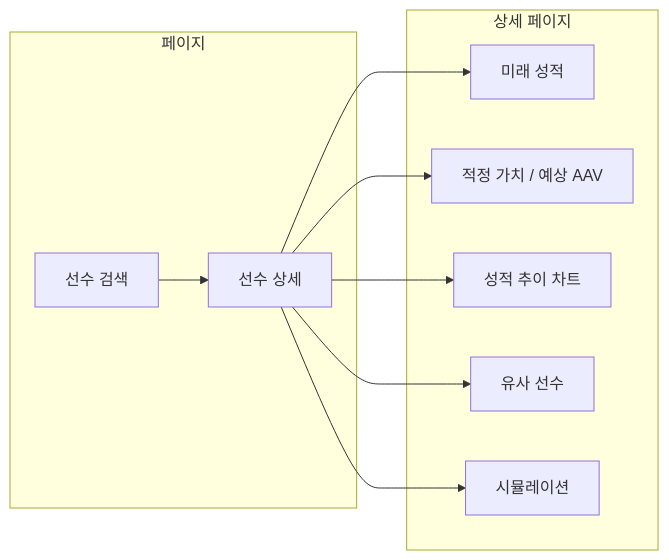
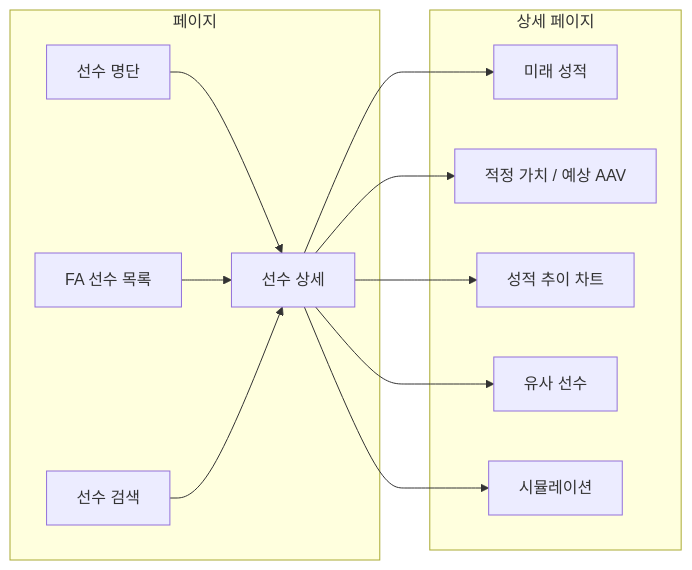
One commit to yechuk/backend changed the sixth of 6 diagrams in ARCHITECTURE_TOBE.md. Above: the diagram before and after it, drawn with Mermaid. The commit also changed other lines of this file and 28 other files, not shown here.

````diff
--- a/ARCHITECTURE_TOBE.md
+++ b/ARCHITECTURE_TOBE.md
@@ -384,22 +546,26 @@
 ```mermaid
 flowchart LR
     subgraph pages [페이지]
+        Roster[선수 명단]
+        FA[FA 선수 목록]
         Search[선수 검색]
         Detail[선수 상세]
     end
     
     subgraph detail [상세 페이지]
         Future[미래 성적]
         Value[적정 가치 / 예상 AAV]
         Chart[성적 추이 차트]
         Similar[유사 선수]
         Sim[시뮬레이션]
     end
     
+    Roster --> Detail
+    FA --> Detail
     Search --> Detail
     Detail --> Future
     Detail --> Value
     Detail --> Chart
     Detail --> Similar
     Detail --> Sim
 ```
````
